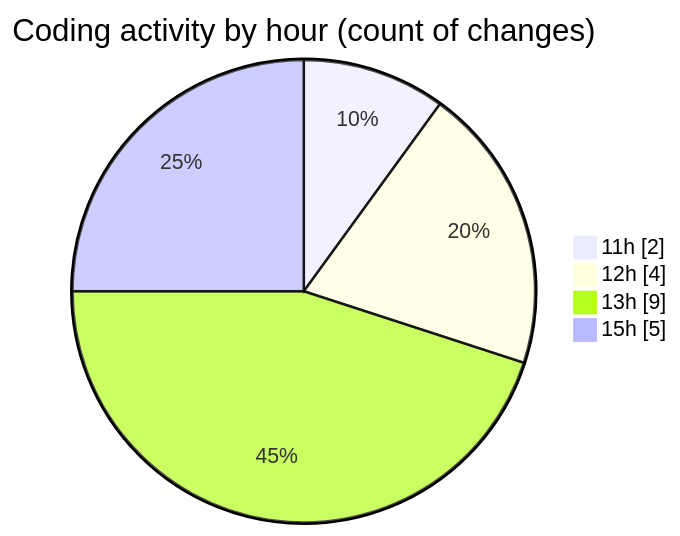
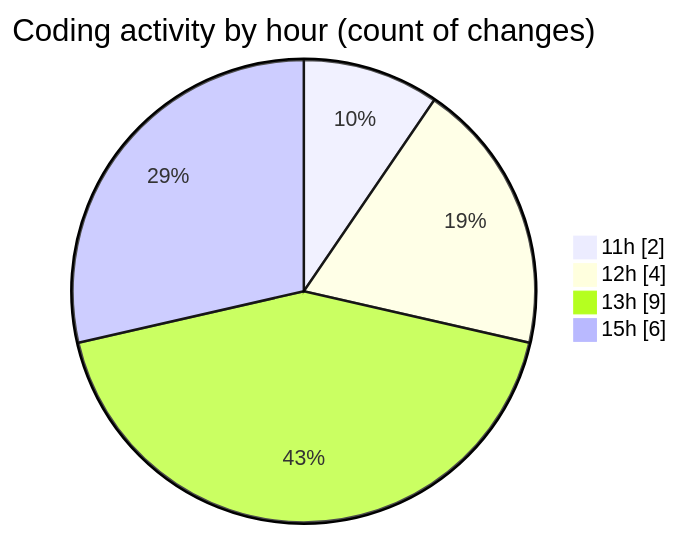
One commit to nxtqubesakshisongat/code-tracking changed the second of 2 diagrams in 2025-12-28/nxtqube_webapp/README.md. Above: the diagram before and after it, drawn with Mermaid. The commit also changed other lines of this file and 1 other file, not shown here.

````diff
--- a/2025-12-28/nxtqube_webapp/README.md
+++ b/2025-12-28/nxtqube_webapp/README.md
@@ -34,8 +34,8 @@
 ```mermaid
 pie showData
 title Coding activity by hour (count of changes)
 "11h" : 2
 "12h" : 4
 "13h" : 9
-"15h" : 5
+"15h" : 6
 ```
````
